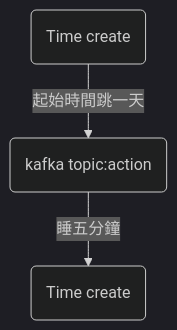
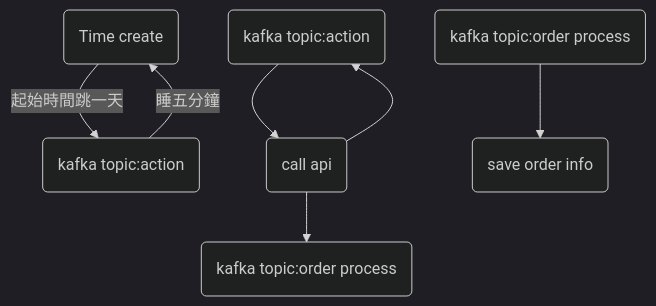
One commit to tm731531/notebook changed the third of 3 diagrams in kafka issue.md. Above: the diagram before and after it, drawn with Mermaid (dark theme). The commit also changed other lines of this file, not shown here.

````diff
--- a/kafka issue.md
+++ b/kafka issue.md
@@ -89,8 +110,15 @@
 ``` mermaid
 graph TD
     
   start("Time create") --起始時間跳一天 --> handler("kafka topic:action ")
   
-  handler --睡五分鐘--> exit("Time create")
+  handler --睡五分鐘--> start("Time create")
+  
+  queue("kafka topic:action ")  --> worker("call api")
+  worker --> queue("kafka topic:action ")
+  worker --> nextQueue("kafka topic:order process ")
+  
+  
+  queue2("kafka topic:order process ") --> save("save order info")
 
 ```
````
